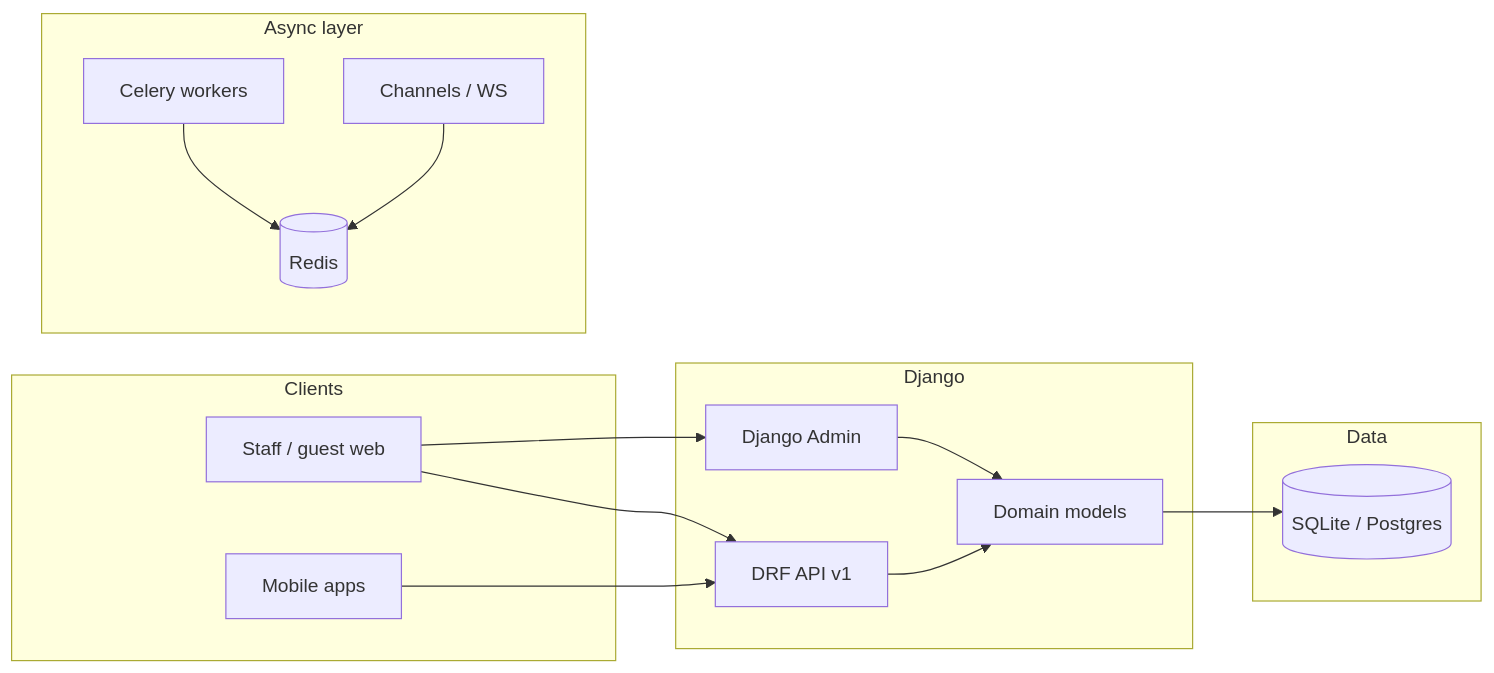
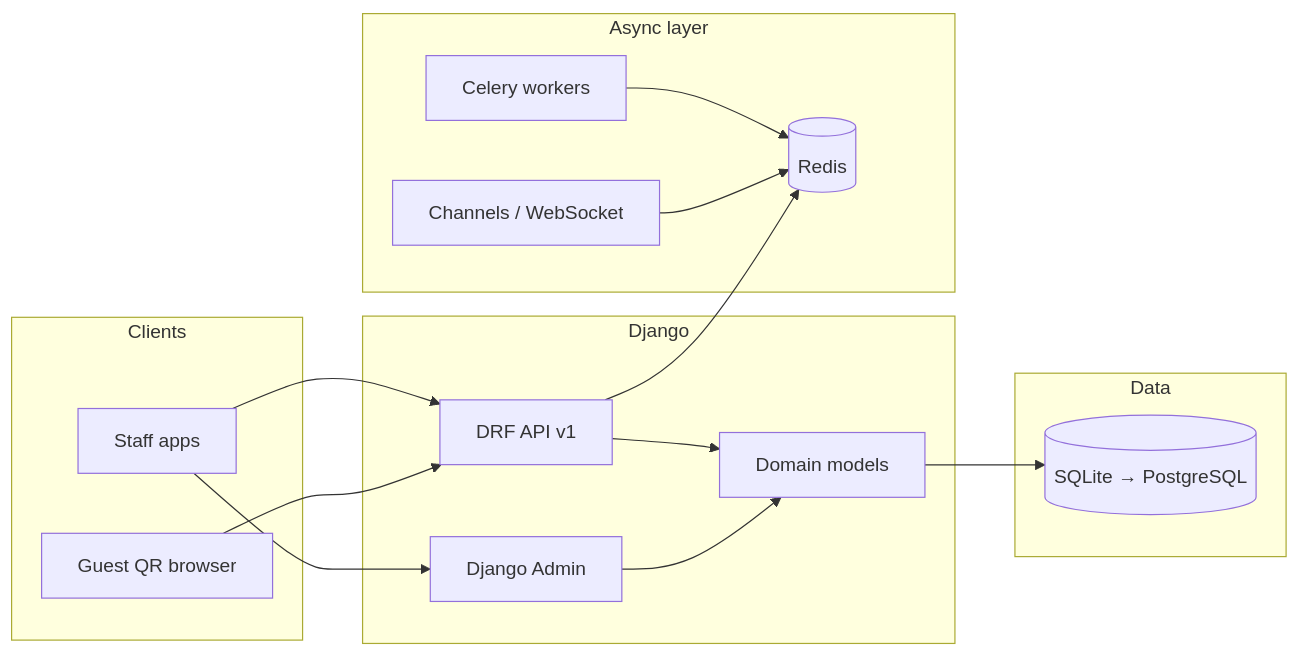
One commit to webaura1234/restro_backend changed the diagram in README.md. Above: the diagram before and after it, drawn with Mermaid. The commit also changed other lines of this file and 20 other files, not shown here.

````diff
--- a/README.md
+++ b/README.md
@@ -40,32 +72,33 @@
 ```mermaid
 flowchart LR
   subgraph clients [Clients]
-    WEB[Staff / guest web]
-    MOBILE[Mobile apps]
+    STAFF[Staff apps]
+    GUEST[Guest QR browser]
   end
 
   subgraph api [Django]
     DRF[DRF API v1]
     ADM[Django Admin]
     ORM[Domain models]
   end
 
   subgraph async [Async layer]
     REDIS[(Redis)]
     CEL[Celery workers]
-    CH[Channels / WS]
+    CH[Channels / WebSocket]
   end
 
   subgraph data [Data]
-    DB[(SQLite / Postgres)]
+    DB[(SQLite → PostgreSQL)]
   end
 
-  WEB --> DRF
-  MOBILE --> DRF
-  WEB --> ADM
+  STAFF --> DRF
+  GUEST --> DRF
+  STAFF --> ADM
   DRF --> ORM
   ADM --> ORM
   ORM --> DB
   CEL --> REDIS
   CH --> REDIS
+  DRF --> REDIS
 ```
````
